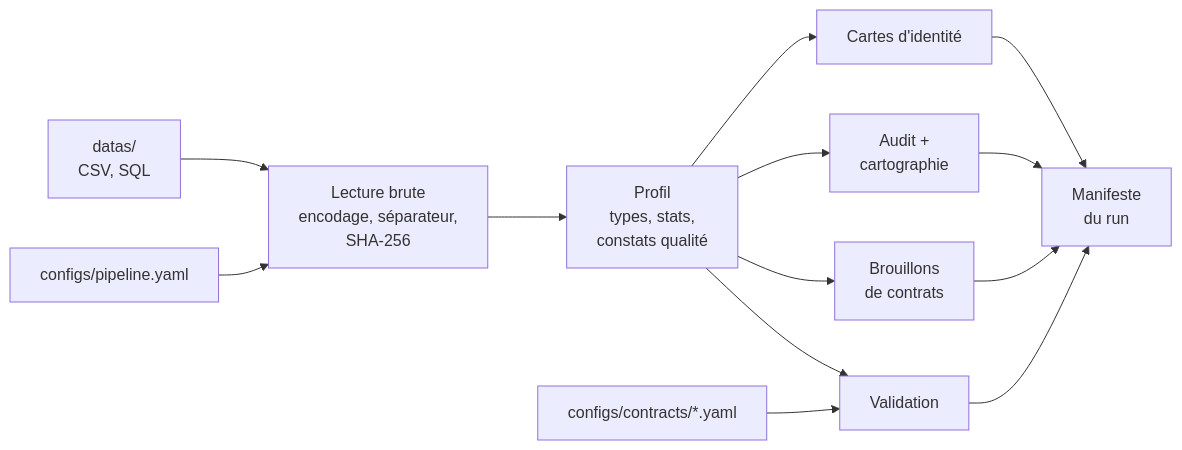
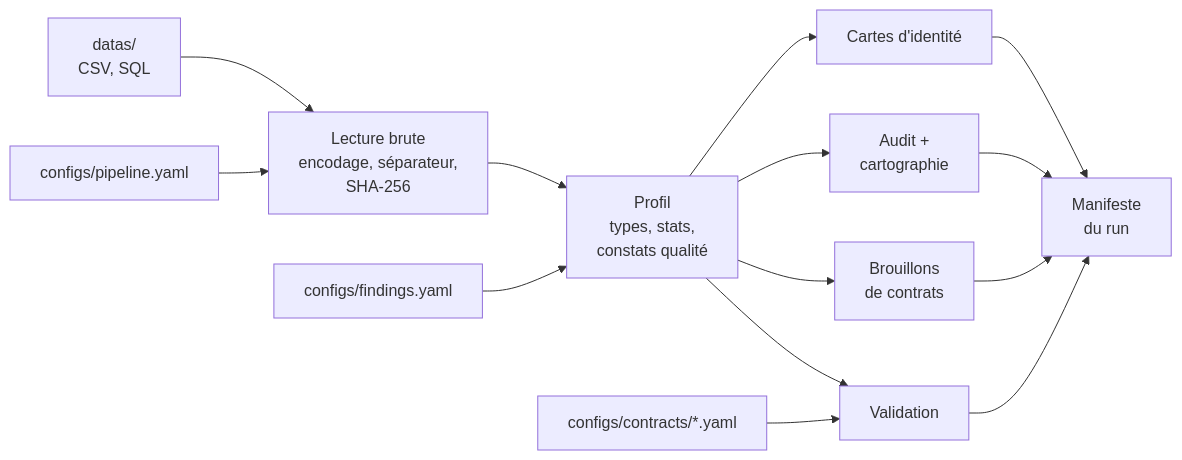
The diagram in README.md (lunalittle08-pixel/formation-IA), drawn with Mermaid before and after one commit. The commit also changed other lines of this file and 8 other files, not shown here.

````diff
--- a/README.md
+++ b/README.md
@@ -78,12 +90,13 @@
 ```mermaid
 flowchart LR
     D[datas/<br/>CSV, SQL] --> L[Lecture brute<br/>encodage, séparateur,<br/>SHA-256]
     C[configs/pipeline.yaml] --> L
     L --> P[Profil<br/>types, stats,<br/>constats qualité]
+    F[configs/findings.yaml] --> P
     P --> I[Cartes d'identité]
     P --> A[Audit +<br/>cartographie]
     P --> DR[Brouillons<br/>de contrats]
     K[configs/contracts/*.yaml] --> V[Validation]
     P --> V
     I & A & DR & V --> M[Manifeste<br/>du run]
 ```
````
